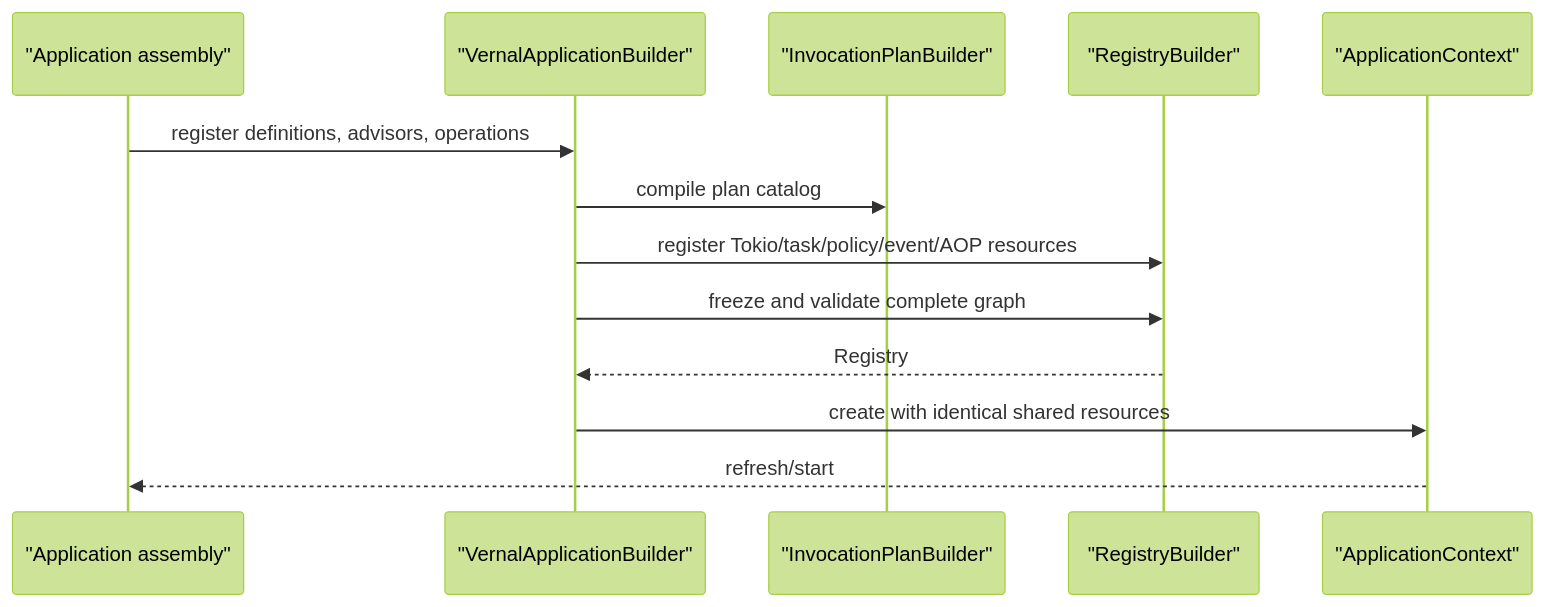
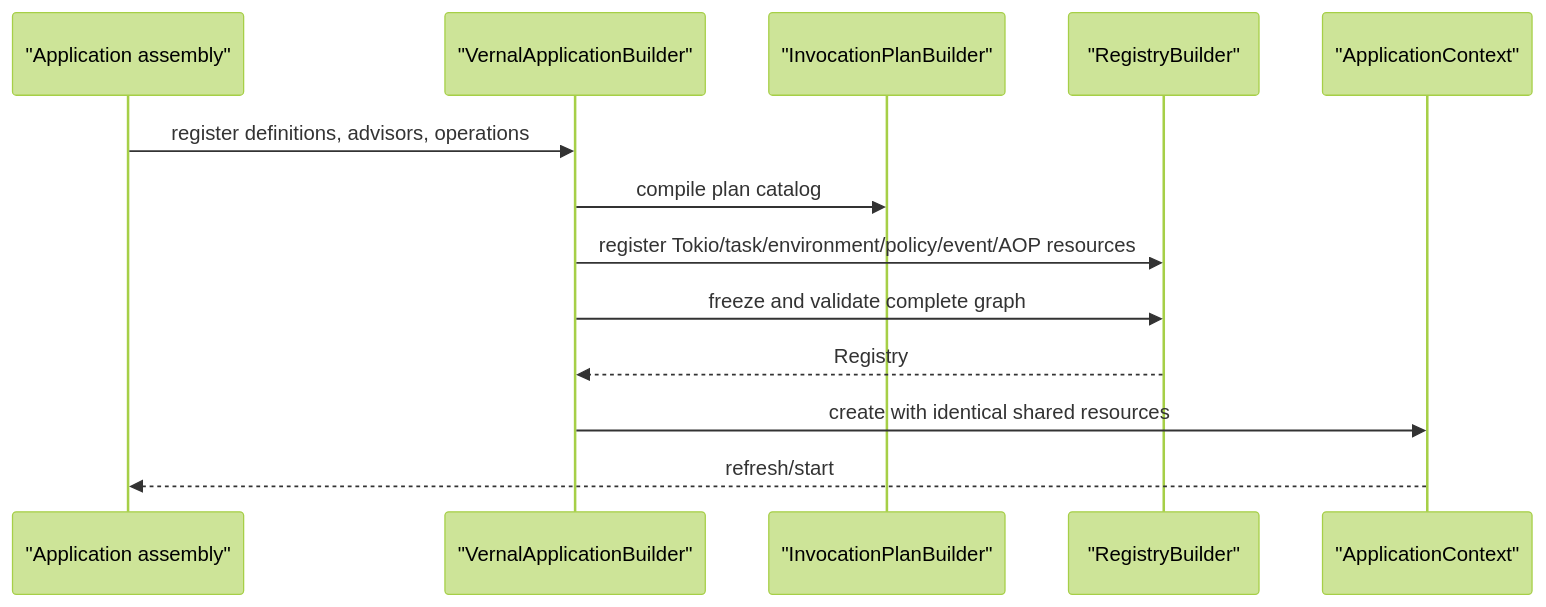
Before and after one commit to easy-4-rust/vernal: the tenth of 18 diagrams in docs/Vernal-Architecture.md, drawn with Mermaid (forest theme). The commit also changed other lines of this file and 17 other files, not shown here.

````diff
--- a/docs/Vernal-Architecture.md
+++ b/docs/Vernal-Architecture.md
@@ -617,16 +660,16 @@
 ```mermaid
 sequenceDiagram
     participant App as "Application assembly"
     participant Builder as "VernalApplicationBuilder"
     participant AOP as "InvocationPlanBuilder"
     participant Graph as "RegistryBuilder"
     participant Context as "ApplicationContext"
 
     App->>Builder: register definitions, advisors, operations
     Builder->>AOP: compile plan catalog
-    Builder->>Graph: register Tokio/task/policy/event/AOP resources
+    Builder->>Graph: register Tokio/task/environment/policy/event/AOP resources
     Builder->>Graph: freeze and validate complete graph
     Graph-->>Builder: Registry
     Builder->>Context: create with identical shared resources
     Context-->>App: refresh/start
 ```
````
